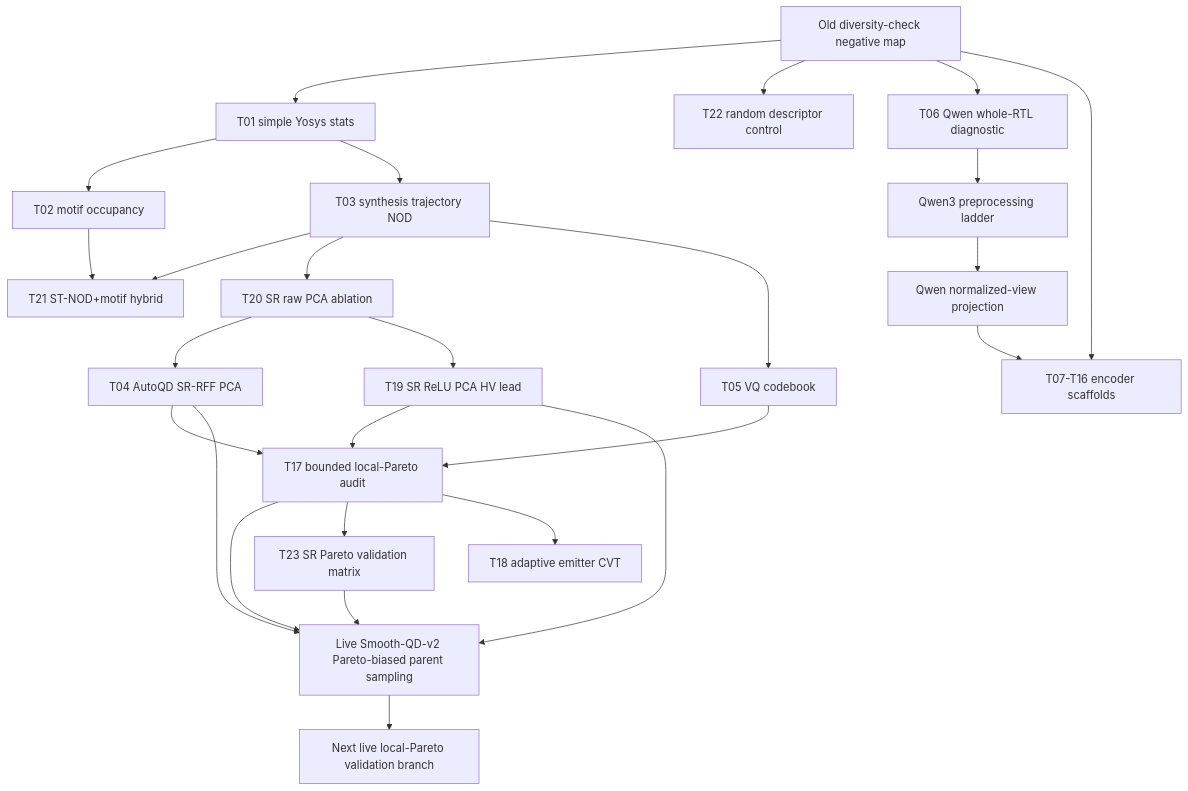
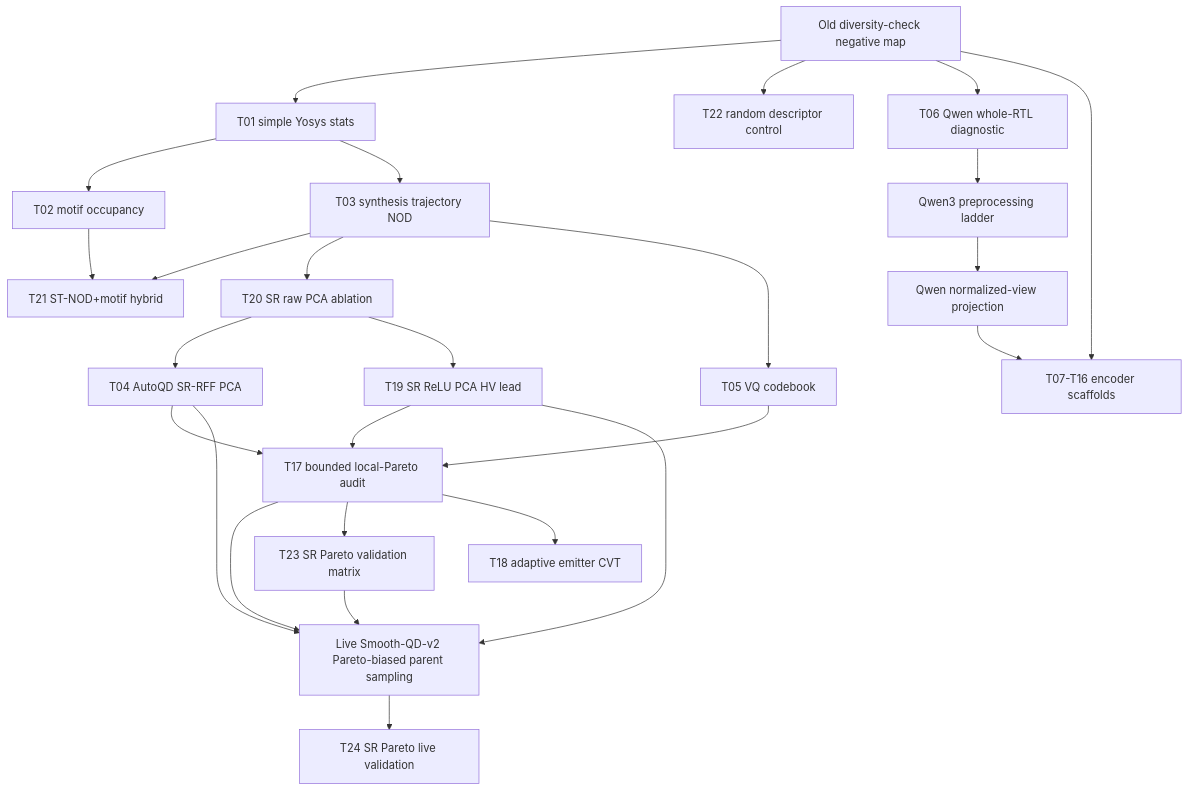
The diagram in docs/journal_features/revamp_history/20260622_010615_KST_useful_bd_push/technique_lanes.md (kmcho2019/REvolution), drawn with Mermaid before and after one commit. The commit also changed other lines of this file and 16 other files, not shown here.

First line of the commit message:
docs(diversity): Add T24 live validation

````diff
--- a/docs/journal_features/revamp_history/20260622_010615_KST_useful_bd_push/technique_lanes.md
+++ b/docs/journal_features/revamp_history/20260622_010615_KST_useful_bd_push/technique_lanes.md
@@ -37,30 +37,30 @@
 ```mermaid
 flowchart TD
   A[Old diversity-check negative map] --> B[T01 simple Yosys stats]
   A --> Q[T22 random descriptor control]
   B --> C[T02 motif occupancy]
   B --> D[T03 synthesis trajectory NOD]
   C --> P[T21 ST-NOD+motif hybrid]
   D --> P
   D --> O[T20 SR raw PCA ablation]
   O --> E[T04 AutoQD SR-RFF PCA]
   D --> F[T05 VQ codebook]
   O --> N[T19 SR ReLU PCA HV lead]
   E --> G[T17 bounded local-Pareto audit]
   N --> G
   F --> G
   G --> H[Live Smooth-QD-v2 Pareto-biased parent sampling]
   E --> H
   N --> H
   G --> R[T23 SR Pareto validation matrix]
   R --> H
-  H --> S[Next live local-Pareto validation branch]
+  H --> S[T24 SR Pareto live validation]
 
   A --> I[T06 Qwen whole-RTL diagnostic]
   I --> J[Qwen3 preprocessing ladder]
   J --> K[Qwen normalized-view projection]
 
   A --> L[T07-T16 encoder scaffolds]
   K --> L
   G --> M[T18 adaptive emitter CVT]
 ```
````
